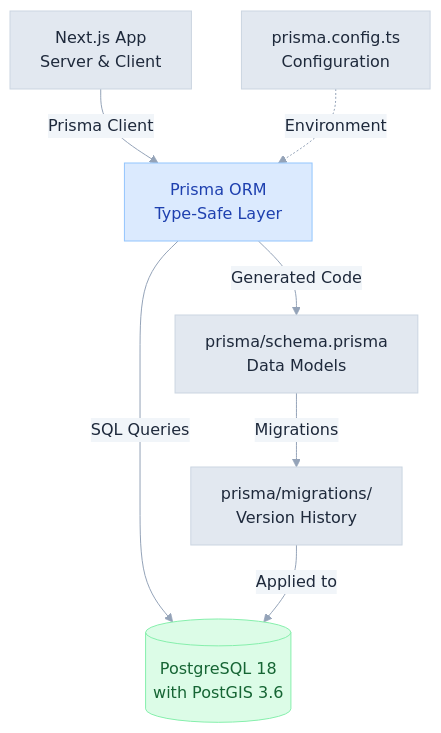
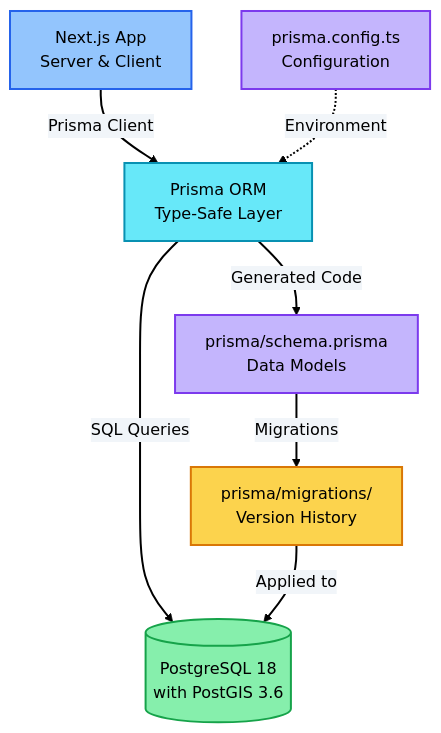
One commit to 3DHDSoft/devmultiplier-academy changed the first of 2 diagrams in doc/prisma-introduction.md. Above: the diagram before and after it, drawn with Mermaid. The commit also changed other lines of this file and 17 other files, not shown here.

````diff
--- a/doc/prisma-introduction.md
+++ b/doc/prisma-introduction.md
@@ -8,24 +8,32 @@
 ```mermaid
 %%{init: {'theme': 'base', 'themeVariables': {
-  'primaryColor': '#e2e8f0',
-  'primaryTextColor': '#1e293b',
-  'primaryBorderColor': '#cbd5e1',
-  'lineColor': '#94a3b8',
-  'secondaryColor': '#f1f5f9',
-  'tertiaryColor': '#f8fafc',
+  'primaryColor': '#93c5fd',
+  'primaryTextColor': '#000000',
+  'primaryBorderColor': '#2563eb',
+  'lineColor': '#000000',
+  'secondaryColor': '#c4b5fd',
+  'tertiaryColor': '#67e8f9',
   'background': '#ffffff',
-  'textColor': '#334155',
+  'textColor': '#000000',
+  'edgeLabelBackground': '#f1f5f9',
   'fontFamily': 'system-ui, -apple-system, sans-serif'
-}}}%%graph TD
+}}}%%
+graph TD
     App["Next.js App<br/>Server & Client"] -->|Prisma Client| PrismaLib["Prisma ORM<br/>Type-Safe Layer"]
     PrismaLib -->|Generated Code| Schema["prisma/schema.prisma<br/>Data Models"]
     PrismaLib -->|SQL Queries| DB[("PostgreSQL 18<br/>with PostGIS 3.6")]
 
     Schema -->|Migrations| Migrations["prisma/migrations/<br/>Version History"]
     Migrations -->|Applied to| DB
 
     Config["prisma.config.ts<br/>Configuration"] -.->|Environment| PrismaLib
 
-    style PrismaLib fill:#dbeafe,stroke:#93c5fd,color:#1e40af
-    style DB fill:#dcfce7,stroke:#86efac,color:#166534
+    style App fill:#93c5fd,stroke:#2563eb,color:#000000,stroke-width:2px
+    style Config fill:#c4b5fd,stroke:#7c3aed,color:#000000,stroke-width:2px
+    style PrismaLib fill:#67e8f9,stroke:#0891b2,color:#000000,stroke-width:2px
+    style Schema fill:#c4b5fd,stroke:#7c3aed,color:#000000,stroke-width:2px
+    style Migrations fill:#fcd34d,stroke:#d97706,color:#000000,stroke-width:2px
+    style DB fill:#86efac,stroke:#16a34a,color:#000000,stroke-width:2px
+
+    linkStyle default stroke:#000000,stroke-width:2px
 ```
````
